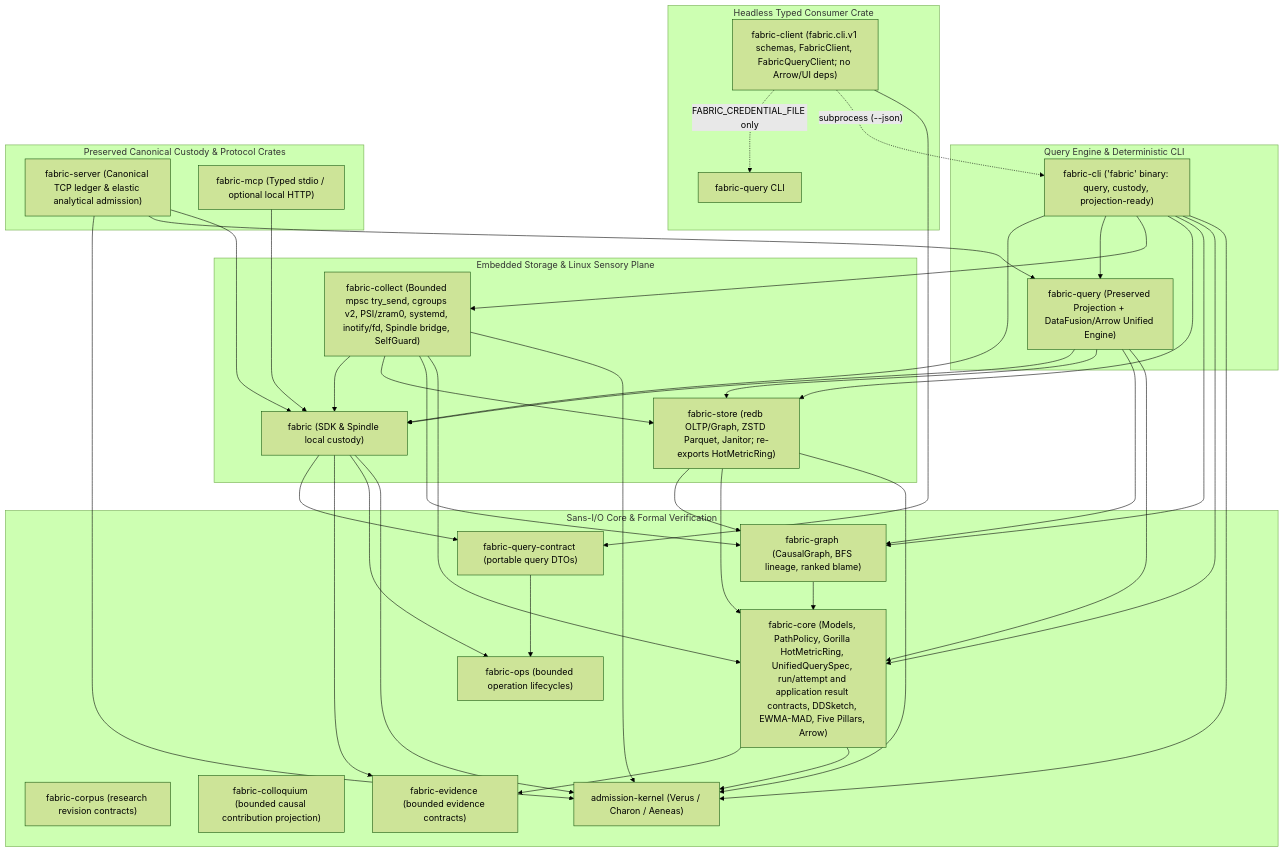
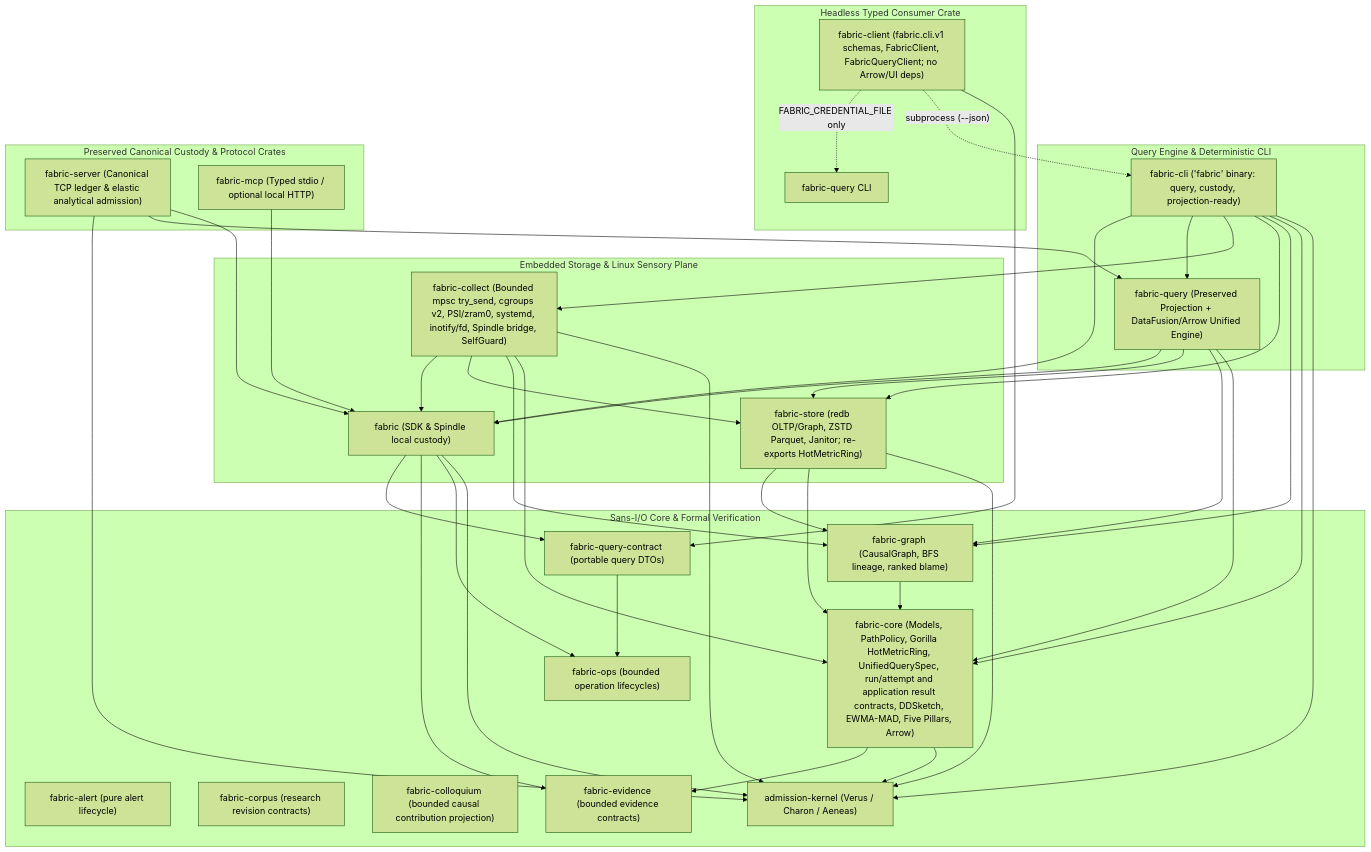
One commit to kmosoti/FabricO11y changed the first of 14 diagrams in docs/architecture.md. Above: the diagram before and after it, drawn with Mermaid (forest theme). The commit also changed other lines of this file and 5 other files, not shown here.

````diff
--- a/docs/architecture.md
+++ b/docs/architecture.md
@@ -9,67 +9,68 @@
 ```mermaid
 flowchart TD
     subgraph SansIO["Sans-I/O Core & Formal Verification"]
+        ALERT["fabric-alert (pure alert lifecycle)"]
         CP["fabric-corpus (research revision contracts)"]
         CC["fabric-colloquium (bounded causal contribution projection)"]
         OPS["fabric-ops (bounded operation lifecycles)"]
         EVID["fabric-evidence (bounded evidence contracts)"]
         QC["fabric-query-contract (portable query DTOs)"]
         QC --> OPS
         AK["admission-kernel (Verus / Charon / Aeneas)"]
         FC["fabric-core (Models, PathPolicy, Gorilla HotMetricRing, UnifiedQuerySpec, run/attempt and application result contracts, DDSketch, EWMA-MAD, Five Pillars, Arrow)"]
         FG["fabric-graph (CausalGraph, BFS lineage, ranked blame)"]
         FC --> AK
         FC --> EVID
         FG --> FC
     end
 
     subgraph StorageAndCollection["Embedded Storage & Linux Sensory Plane"]
         FS["fabric-store (redb OLTP/Graph, ZSTD Parquet, Janitor; re-exports HotMetricRing)"]
         COL["fabric-collect (Bounded mpsc try_send, cgroups v2, PSI/zram0, systemd, inotify/fd, Spindle bridge, SelfGuard)"]
         FS --> AK
         FS --> FC
         FS --> FG
         COL --> AK
         COL --> FC
         COL --> FG
         COL --> FS
         COL --> FAB
     end
 
     subgraph QueryAndCLI["Query Engine & Deterministic CLI"]
         FQ["fabric-query (Preserved Projection + DataFusion/Arrow Unified Engine)"]
         CLI["fabric-cli ('fabric' binary: query, custody, projection-ready)"]
         FQ --> FC
         FQ --> FG
         FQ --> FS
         FQ --> FAB
         CLI --> AK
         CLI --> FC
         CLI --> FG
         CLI --> FS
         CLI --> COL
         CLI --> FQ
         CLI --> FAB
     end
 
     subgraph HeadlessClient["Headless Typed Consumer Crate"]
         FCL["fabric-client (fabric.cli.v1 schemas, FabricClient, FabricQueryClient; no Arrow/UI deps)"]
         FCL --> QC
         FCL -. "subprocess (--json)" .-> CLI
         FCL -. "FABRIC_CREDENTIAL_FILE only" .-> FQBIN["fabric-query CLI"]
     end
 
     subgraph PreservedCustody["Preserved Canonical Custody & Protocol Crates"]
         FAB["fabric (SDK & Spindle local custody)"]
         SRV["fabric-server (Canonical TCP ledger & elastic analytical admission)"]
         MCP["fabric-mcp (Typed stdio / optional local HTTP)"]
         FAB --> AK
         FAB --> OPS
         FAB --> EVID
         FAB --> QC
         SRV --> FAB
         SRV --> FQ
         SRV --> AK
         MCP --> FAB
     end
 ```
````
